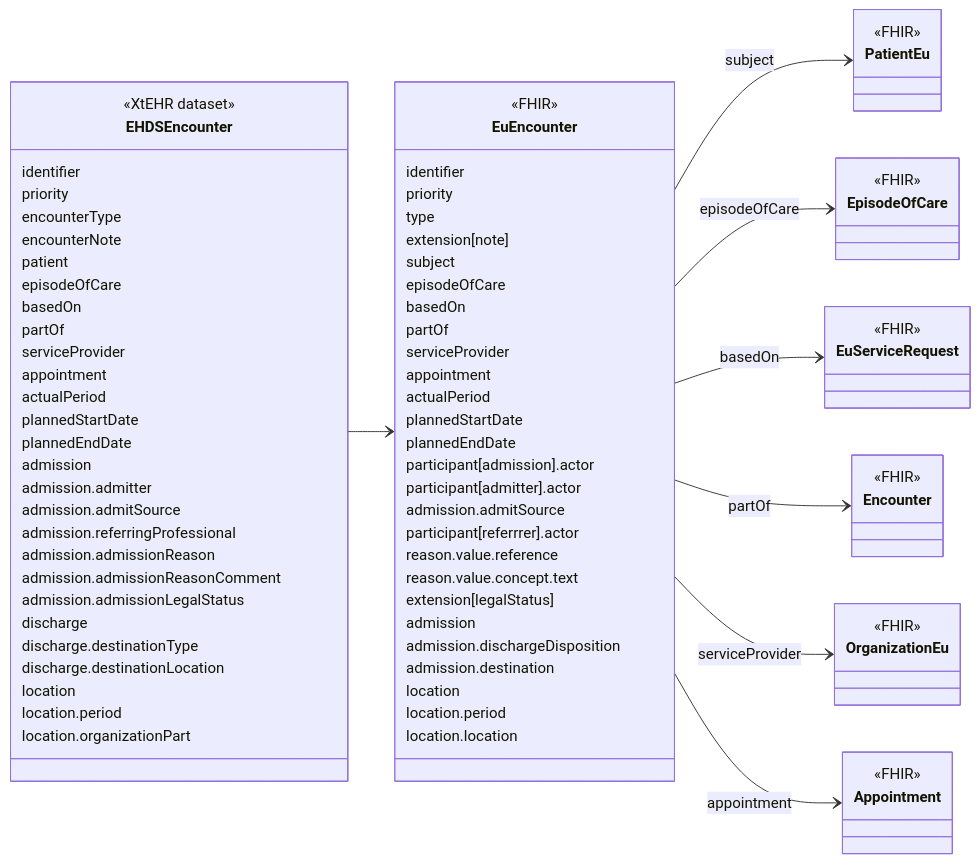
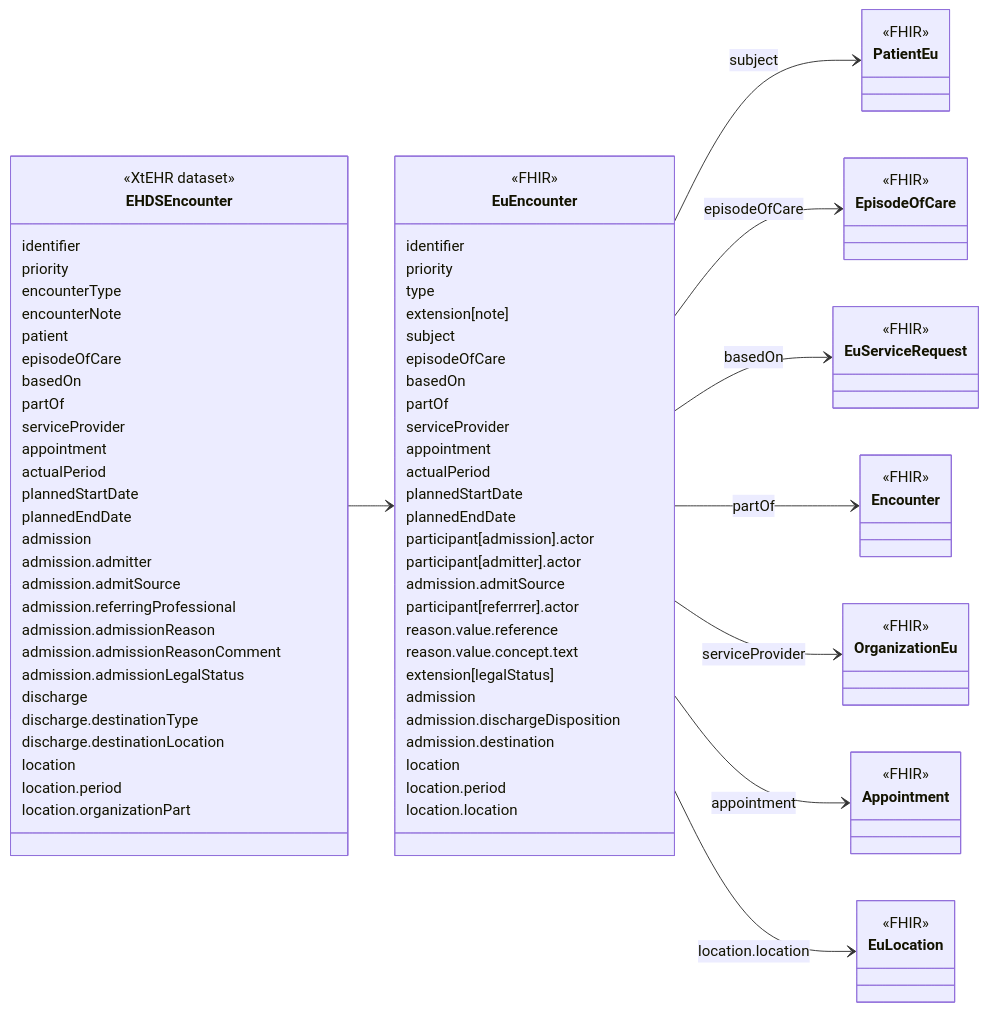
The diagram in input/intro-notes/ConceptMap-EHDSEncounterMap-intro.md (oijauregui/ehdsimaging), drawn with Mermaid before and after one commit. The commit also changed 29 other files, not shown here.

````diff
--- a/input/intro-notes/ConceptMap-EHDSEncounterMap-intro.md
+++ b/input/intro-notes/ConceptMap-EHDSEncounterMap-intro.md
@@ -83,6 +83,9 @@
 class Appointment {
   <<FHIR>>
 }
+class EuLocation {
+  <<FHIR>>
+}
 EHDSEncounter --> EuEncounter
 EuEncounter --> PatientEu : subject
 EuEncounter --> EpisodeOfCare : episodeOfCare
@@ -90,4 +93,5 @@
 EuEncounter --> Encounter : partOf
 EuEncounter --> OrganizationEu : serviceProvider
 EuEncounter --> Appointment : appointment
+EuEncounter --> EuLocation : location.location
 ```
````
